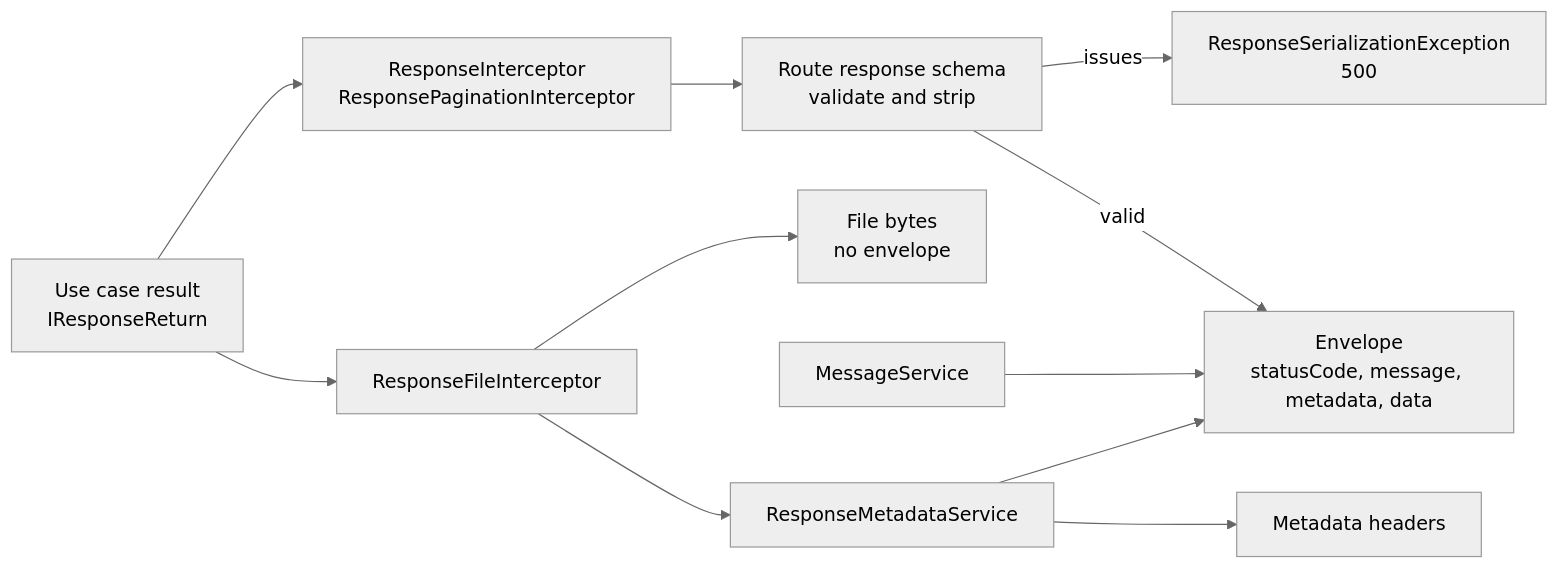
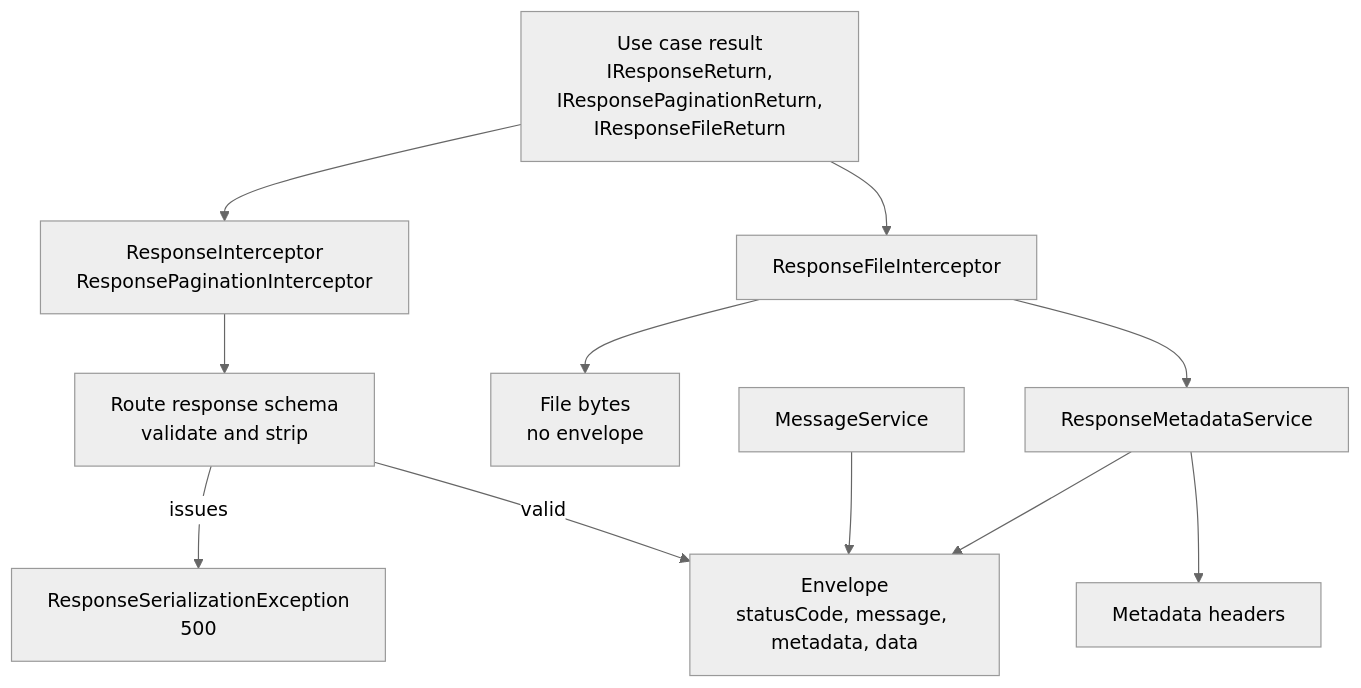
Before and after one commit to andrechristikan/ack-nestjs-boilerplate: the diagram in docs/concepts/response.md, drawn with Mermaid (neutral theme). The commit also changed other lines of this file and 35 other files, not shown here.

Commit message:
docs: draw every diagram top to bottom and match each to its page

````diff
--- a/docs/concepts/response.md
+++ b/docs/concepts/response.md
@@ -32,13 +34,13 @@
 ```mermaid
-flowchart LR
-    UC["Use case result<br/>IResponseReturn"] --> INT["ResponseInterceptor<br/>ResponsePaginationInterceptor"]
+flowchart TB
+    UC["Use case result<br/>IResponseReturn,<br/>IResponsePaginationReturn,<br/>IResponseFileReturn"] --> INT["ResponseInterceptor<br/>ResponsePaginationInterceptor"]
     UC --> FileNode["ResponseFileInterceptor"]
     INT --> SCHEMA["Route response schema<br/>validate and strip"]
     SCHEMA -->|issues| ERR["ResponseSerializationException<br/>500"]
     SCHEMA -->|valid| ENV["Envelope<br/>statusCode, message, metadata, data"]
     FileNode --> FILE["File bytes<br/>no envelope"]
     MSG["MessageService"] --> ENV
     META["ResponseMetadataService"] --> ENV
     META --> HDR["Metadata headers"]
     FileNode --> META
 ```
````
